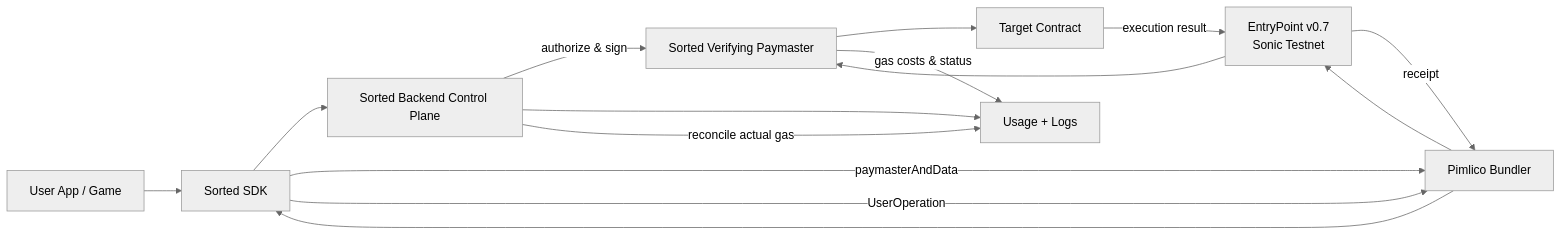
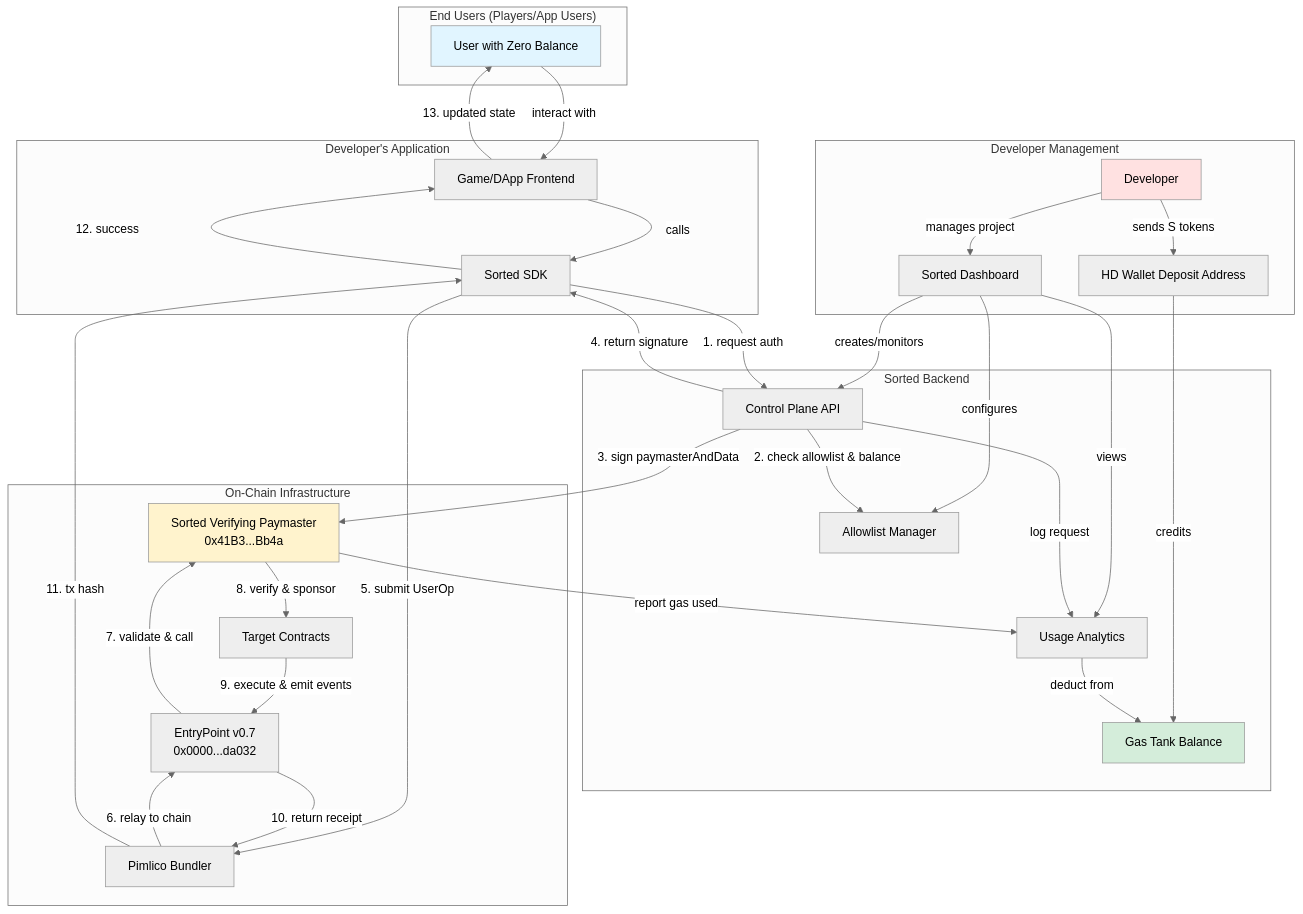
The first of 3 diagrams in docs/sorted-fund/architecture.md (b1rdmania/sorted-fund), drawn with Mermaid (neutral theme) before and after one commit. The commit also changed other lines of this file, not shown here.

Commit message:
Update architecture doc with complete system diagrams
Added comprehensive architecture diagrams showing:
- Complete system architecture with all actors (end users, developers, dashboard)
- Full sponsored transaction lifecycle sequence diagram
- Developer funding workflow with HD wallet deposit addresses
- Detailed component responsibilities for all system parts

Now shows the full business context and user workflows, not just technical infrastructure.

🤖 Generated with [Claude Code](https://claude.com/claude-code)

````diff
--- a/docs/sorted-fund/architecture.md
+++ b/docs/sorted-fund/architecture.md
@@ -7,26 +7,68 @@
 ```mermaid
-flowchart LR
-  client[User App / Game]
-  sdk[Sorted SDK]
-  backend[Sorted Backend Control Plane]
-  bundler[Pimlico Bundler]
-  entrypoint[EntryPoint v0.7<br/>Sonic Testnet]
-  paymaster[Sorted Verifying Paymaster]
-  target[Target Contract]
-  logging[Usage + Logs]
+flowchart TB
+  subgraph "End Users (Players/App Users)"
+    user[User with Zero Balance]
+  end
 
-  client --> sdk
-  sdk --> backend
-  backend -->|authorize & sign| paymaster
-  backend --> logging
-  sdk -->|paymasterAndData| bundler
-  sdk -->|UserOperation| bundler
-  bundler --> entrypoint
-  entrypoint --> paymaster
-  paymaster --> target
-  paymaster -->|gas costs & status| logging
-  target -->|execution result| entrypoint
-  entrypoint -->|receipt| bundler
-  bundler --> sdk
-  backend -->|reconcile actual gas| logging
+  subgraph "Developer's Application"
+    app[Game/DApp Frontend]
+    sdk[Sorted SDK]
+  end
+
+  subgraph "Developer Management"
+    dev[Developer]
+    dashboard[Sorted Dashboard]
+    deposit[HD Wallet Deposit Address]
+  end
+
+  subgraph "Sorted Backend"
+    api[Control Plane API]
+    gastank[Gas Tank Balance]
+    allowlist[Allowlist Manager]
+    analytics[Usage Analytics]
+  end
+
+  subgraph "On-Chain Infrastructure"
+    bundler[Pimlico Bundler]
+    entrypoint[EntryPoint v0.7<br/>0x0000...da032]
+    paymaster[Sorted Verifying Paymaster<br/>0x41B3...Bb4a]
+    target[Target Contracts]
+  end
+
+  %% User flow
+  user -->|interact with| app
+  app -->|calls| sdk
+
+  %% Developer setup flow
+  dev -->|manages project| dashboard
+  dashboard -->|creates/monitors| api
+  dev -->|sends S tokens| deposit
+  deposit -->|credits| gastank
+  dashboard -->|configures| allowlist
+  dashboard -->|views| analytics
+
+  %% Transaction flow
+  sdk -->|1. request auth| api
+  api -->|2. check allowlist & balance| allowlist
+  api -->|3. sign paymasterAndData| paymaster
+  api -->|4. return signature| sdk
+  sdk -->|5. submit UserOp| bundler
+  bundler -->|6. relay to chain| entrypoint
+  entrypoint -->|7. validate & call| paymaster
+  paymaster -->|8. verify & sponsor| target
+  target -->|9. execute & emit events| entrypoint
+  entrypoint -->|10. return receipt| bundler
+  bundler -->|11. tx hash| sdk
+  sdk -->|12. success| app
+  app -->|13. updated state| user
+
+  %% Analytics loop
+  api -->|log request| analytics
+  paymaster -->|report gas used| analytics
+  analytics -->|deduct from| gastank
+
+  style user fill:#e1f5ff
+  style dev fill:#ffe1e1
+  style gastank fill:#d4edda
+  style paymaster fill:#fff3cd
 ```
````
